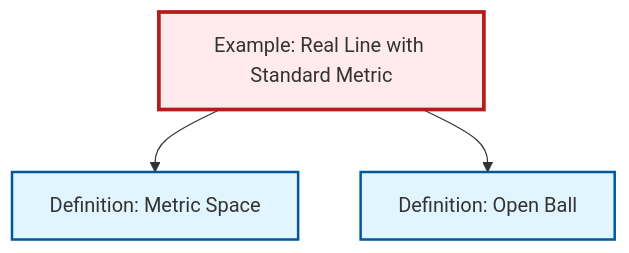
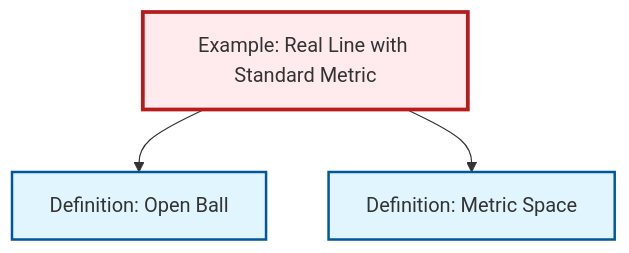
One commit to RK0429/ModernMath changed the diagram in content/en/analysis/ex-real-line-metric.qmd. Above: the diagram before and after it, drawn with Mermaid. The commit also changed other lines of this file and 328 other files, not shown here.

````diff
--- a/content/en/analysis/ex-real-line-metric.qmd
+++ b/content/en/analysis/ex-real-line-metric.qmd
@@ -64,17 +64,17 @@
 ```{mermaid}
 %%| fig-cap: "Local dependency graph"
 graph TD
     classDef definition fill:#e1f5fe,stroke:#01579b,stroke-width:2px
     classDef theorem fill:#f3e5f5,stroke:#4a148c,stroke-width:2px
     classDef axiom fill:#fff3e0,stroke:#e65100,stroke-width:2px
     classDef example fill:#e8f5e9,stroke:#1b5e20,stroke-width:2px
     classDef current fill:#ffebee,stroke:#b71c1c,stroke-width:3px
+    def-metric-space["Definition: Metric Space"]:::definition
     def-open-ball["Definition: Open Ball"]:::definition
     ex-real-line-metric["Example: Real Line with Standard Metric"]:::example
-    def-metric-space["Definition: Metric Space"]:::definition
+    ex-real-line-metric --> def-open-ball
     ex-real-line-metric --> def-metric-space
-    ex-real-line-metric --> def-open-ball
     class ex-real-line-metric current
+    click def-metric-space "def-metric-space.html" "Go to Metric Space definition"
     click def-open-ball "def-open-ball.html" "Go to Open Ball definition"
-    click def-metric-space "def-metric-space.html" "Go to Metric Space definition"
 ```
````
